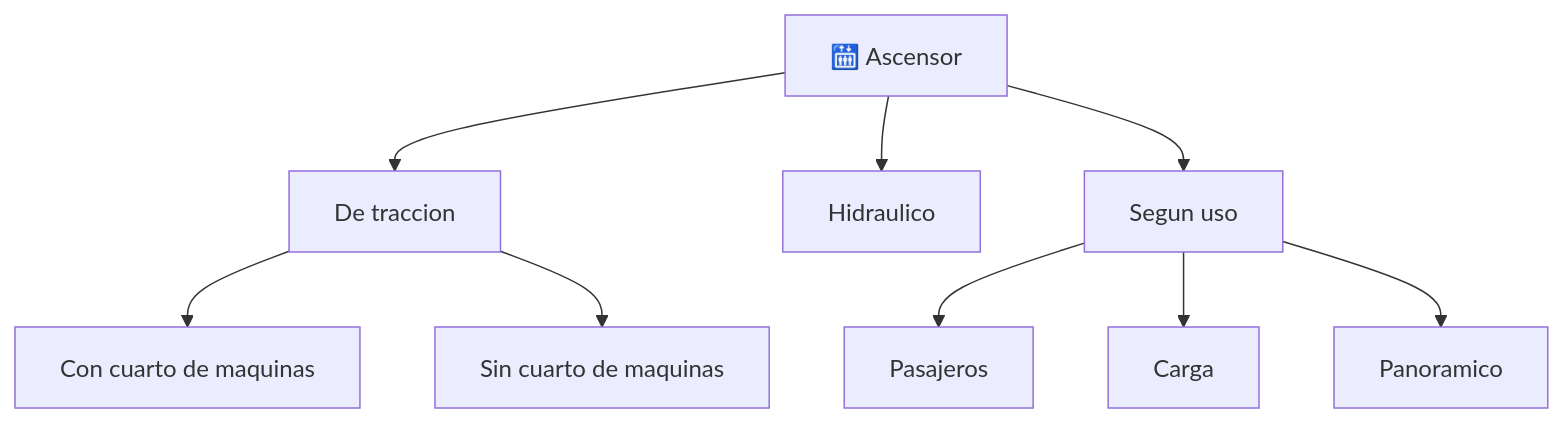
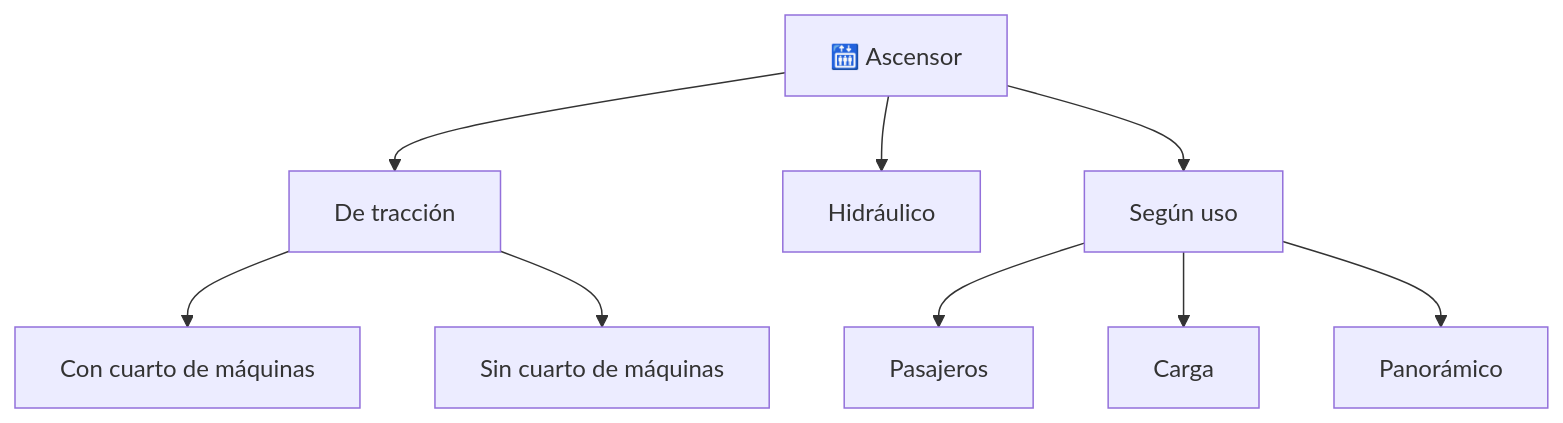
The diagram in vehiculos/ascensores/operacion/caracteristicas-ascensor.md (vladimiracunadev-create/machine-operator-program), drawn with Mermaid before and after one commit. The commit also changed other lines of this file and 442 other files, not shown here.

````diff
--- a/vehiculos/ascensores/operacion/caracteristicas-ascensor.md
+++ b/vehiculos/ascensores/operacion/caracteristicas-ascensor.md
@@ -34,11 +34,11 @@
 ```mermaid
 flowchart TD
-    Asc[🛗 Ascensor] --> Traccion[De traccion]
-    Asc --> Hidraulico[Hidraulico]
-    Traccion --> ConCuarto[Con cuarto de maquinas]
-    Traccion --> SinCuarto[Sin cuarto de maquinas]
-    Asc --> Uso[Segun uso]
+    Asc[🛗 Ascensor] --> Traccion[De tracción]
+    Asc --> Hidraulico[Hidráulico]
+    Traccion --> ConCuarto[Con cuarto de máquinas]
+    Traccion --> SinCuarto[Sin cuarto de máquinas]
+    Asc --> Uso[Según uso]
     Uso --> Pasajeros[Pasajeros]
     Uso --> Carga[Carga]
-    Uso --> Panoramico[Panoramico]
+    Uso --> Panoramico[Panorámico]
 ```
````
